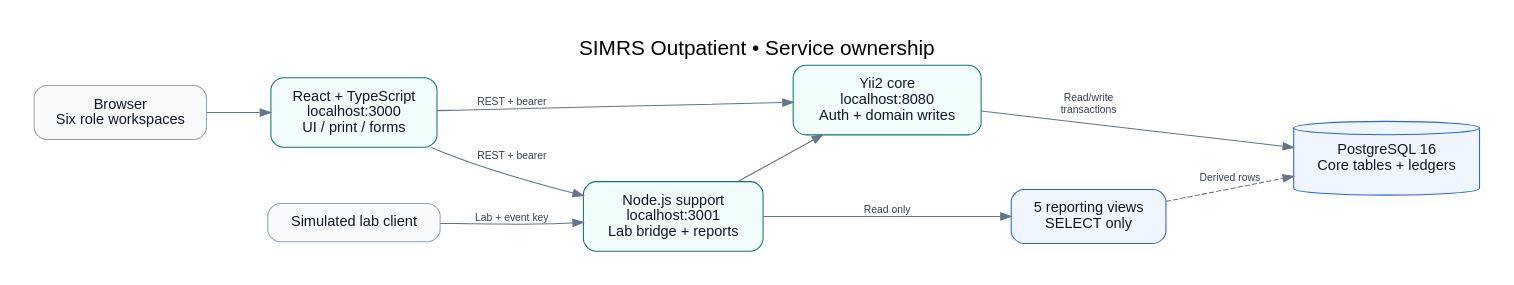
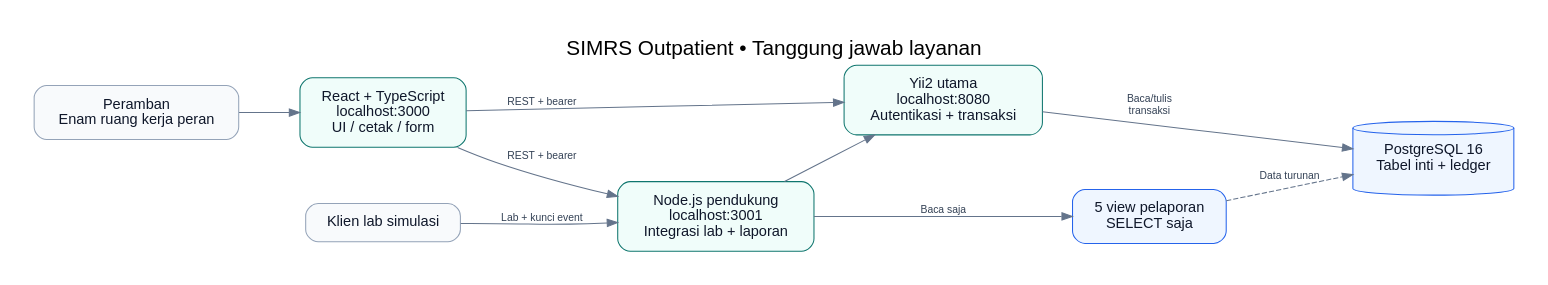
The diagram in docs/diagrams/architecture.dot (Al-gast/simrs-outpatient), drawn with Graphviz before and after one commit. The commit also changed 43 other files, not shown here.

```diff
--- a/docs/diagrams/architecture.dot
+++ b/docs/diagrams/architecture.dot
@@ -1,14 +1,14 @@
 digraph architecture {
- graph [rankdir=LR,bgcolor="white",pad=.35,nodesep=.6,ranksep=.8,fontname="Helvetica",label="SIMRS Outpatient • Service ownership",labelloc=t,fontsize=20];
+ graph [rankdir=LR,bgcolor="white",pad=.35,nodesep=.6,ranksep=.8,fontname="Helvetica",label="SIMRS Outpatient • Tanggung jawab layanan",labelloc=t,fontsize=20];
  node [shape=box,style="rounded,filled",fillcolor="#F0FDFA",color="#0F766E",fontname="Helvetica",fontcolor="#0F172A",margin=".2,.15"];
  edge [fontname="Helvetica",fontsize=10,color="#64748B",fontcolor="#334155"];
- browser [label="Browser\nSix role workspaces",fillcolor="#F8FAFC",color="#94A3B8"];
- react [label="React + TypeScript\nlocalhost:3000\nUI / print / forms"];
- yii [label="Yii2 core\nlocalhost:8080\nAuth + domain writes"];
- nodeapi [label="Node.js support\nlocalhost:3001\nLab bridge + reports"];
- postgres [shape=cylinder,label="PostgreSQL 16\nCore tables + ledgers",fillcolor="#EFF6FF",color="#2563EB"];
- views [label="5 reporting views\nSELECT only",fillcolor="#EFF6FF",color="#2563EB"];
- external [label="Simulated lab client",fillcolor="#F8FAFC",color="#94A3B8"];
- browser -> react; react -> yii [label="REST + bearer"]; react -> nodeapi [label="REST + bearer"]; external -> nodeapi [label="Lab + event key"];
- nodeapi -> yii [label="Auth introspection\nForward lab + same key",constraint=false]; yii -> postgres [label="Read/write\ntransactions"]; nodeapi -> views [label="Read only"]; views -> postgres [label="Derived rows",style=dashed];
+ browser [label="Peramban\nEnam ruang kerja peran",fillcolor="#F8FAFC",color="#94A3B8"];
+ react [label="React + TypeScript\nlocalhost:3000\nUI / cetak / form"];
+ yii [label="Yii2 utama\nlocalhost:8080\nAutentikasi + transaksi"];
+ nodeapi [label="Node.js pendukung\nlocalhost:3001\nIntegrasi lab + laporan"];
+ postgres [shape=cylinder,label="PostgreSQL 16\nTabel inti + ledger",fillcolor="#EFF6FF",color="#2563EB"];
+ views [label="5 view pelaporan\nSELECT saja",fillcolor="#EFF6FF",color="#2563EB"];
+ external [label="Klien lab simulasi",fillcolor="#F8FAFC",color="#94A3B8"];
+ browser -> react; react -> yii [label="REST + bearer"]; react -> nodeapi [label="REST + bearer"]; external -> nodeapi [label="Lab + kunci event"];
+ nodeapi -> yii [label="Introspeksi identitas\nTeruskan lab + key sama",constraint=false]; yii -> postgres [label="Baca/tulis\ntransaksi"]; nodeapi -> views [label="Baca saja"]; views -> postgres [label="Data turunan",style=dashed];
 }
```
